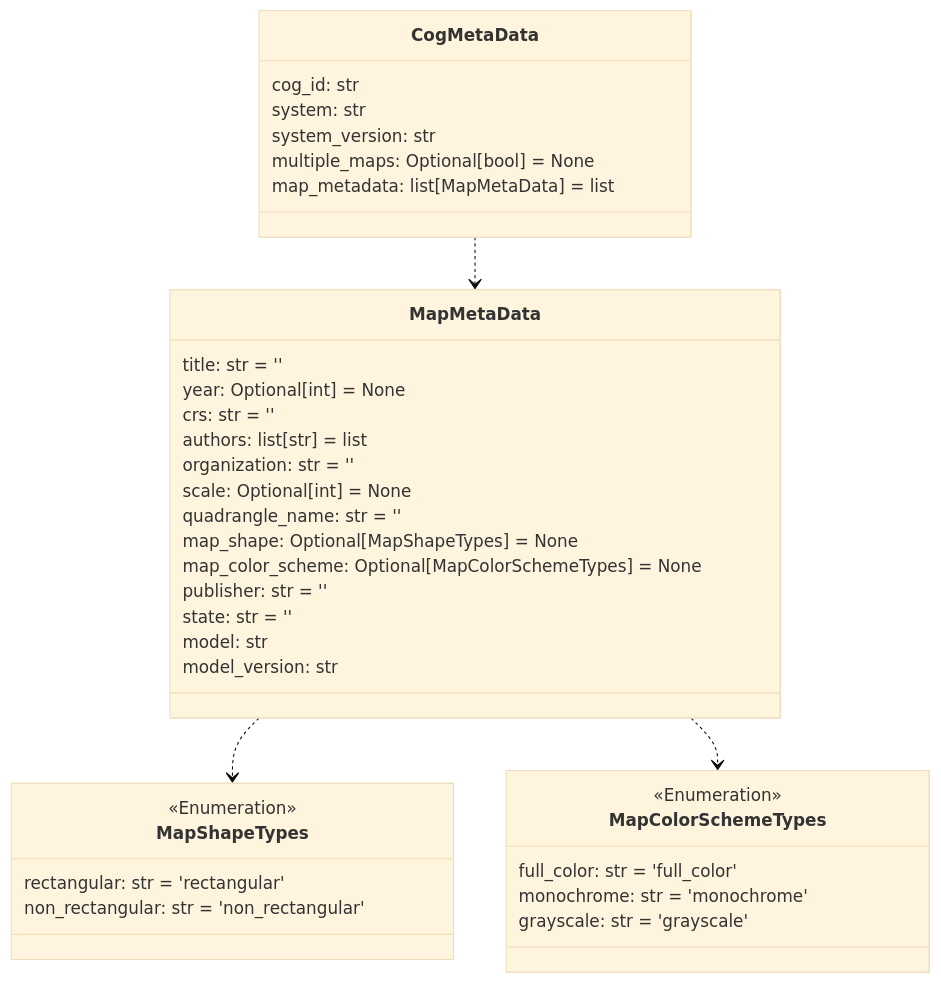
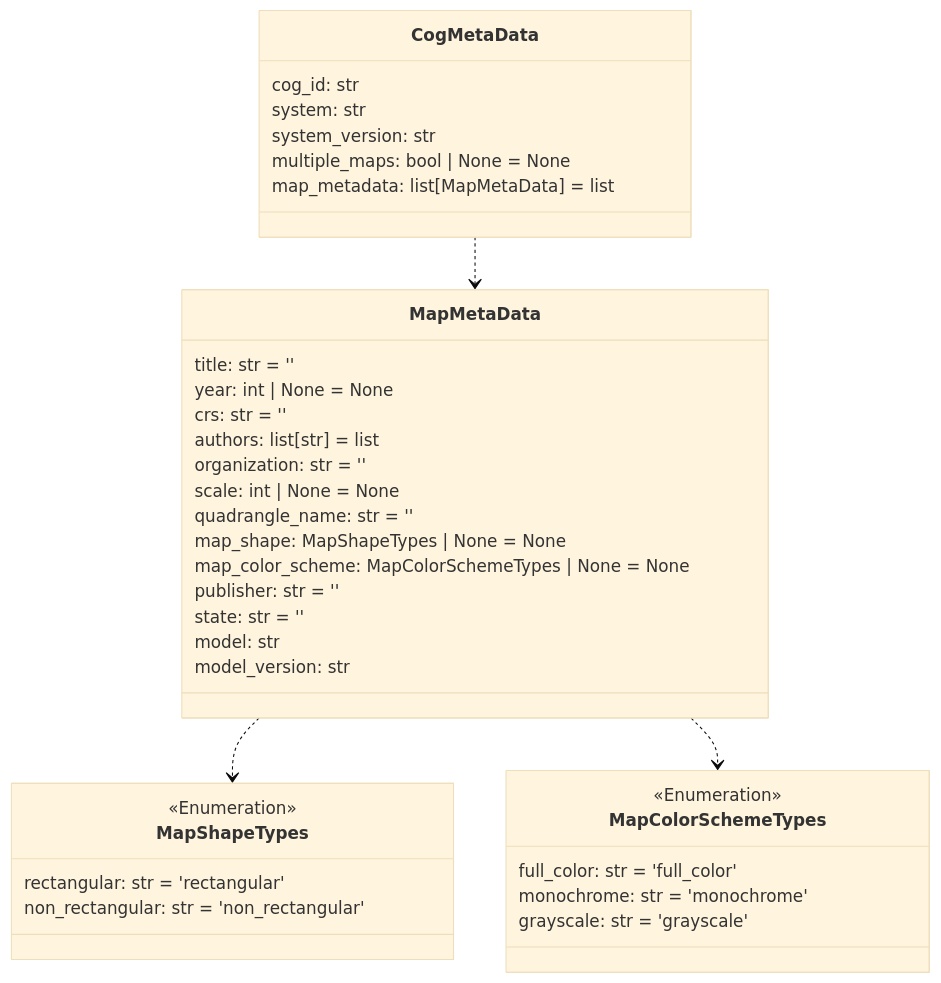
Before and after one commit to DARPA-CRITICALMAAS/cdr_schemas: the third of 14 diagrams in README.md, drawn with Mermaid (base theme). The commit also changed other lines of this file and 3 other files, not shown here.

First line of the commit message:
TA3 Schema Integration and Metadata Parsing (#36)

````diff
--- a/README.md
+++ b/README.md
@@ -197,46 +204,46 @@
 ```mermaid
 classDiagram
-
-    class MapMetaData {
-        title: str = ''
-        year: Optional[int] = None
-        crs: str = ''
-        authors: list[str] = list
-        organization: str = ''
-        scale: Optional[int] = None
-        quadrangle_name: str = ''
-        map_shape: Optional[MapShapeTypes] = None
-        map_color_scheme: Optional[MapColorSchemeTypes] = None
-        publisher: str = ''
-        state: str = ''
-        model: str
-        model_version: str
-    }
-
-    class CogMetaData {
-        cog_id: str
-        system: str
-        system_version: str
-        multiple_maps: Optional[bool] = None
-        map_metadata: list[MapMetaData] = list
-    }
 
     class MapShapeTypes {
         <<Enumeration>>
         rectangular: str = 'rectangular'
         non_rectangular: str = 'non_rectangular'
+    }
+
+    class MapMetaData {
+        title: str = ''
+        year: int | None = None
+        crs: str = ''
+        authors: list[str] = list
+        organization: str = ''
+        scale: int | None = None
+        quadrangle_name: str = ''
+        map_shape: MapShapeTypes | None = None
+        map_color_scheme: MapColorSchemeTypes | None = None
+        publisher: str = ''
+        state: str = ''
+        model: str
+        model_version: str
     }
 
     class MapColorSchemeTypes {
         <<Enumeration>>
         full_color: str = 'full_color'
         monochrome: str = 'monochrome'
         grayscale: str = 'grayscale'
     }
 
+    class CogMetaData {
+        cog_id: str
+        system: str
+        system_version: str
+        multiple_maps: bool | None = None
+        map_metadata: list[MapMetaData] = list
+    }
+
     MapMetaData ..> MapShapeTypes
     MapMetaData ..> MapColorSchemeTypes
     CogMetaData ..> MapMetaData
 
 
 ```
````
